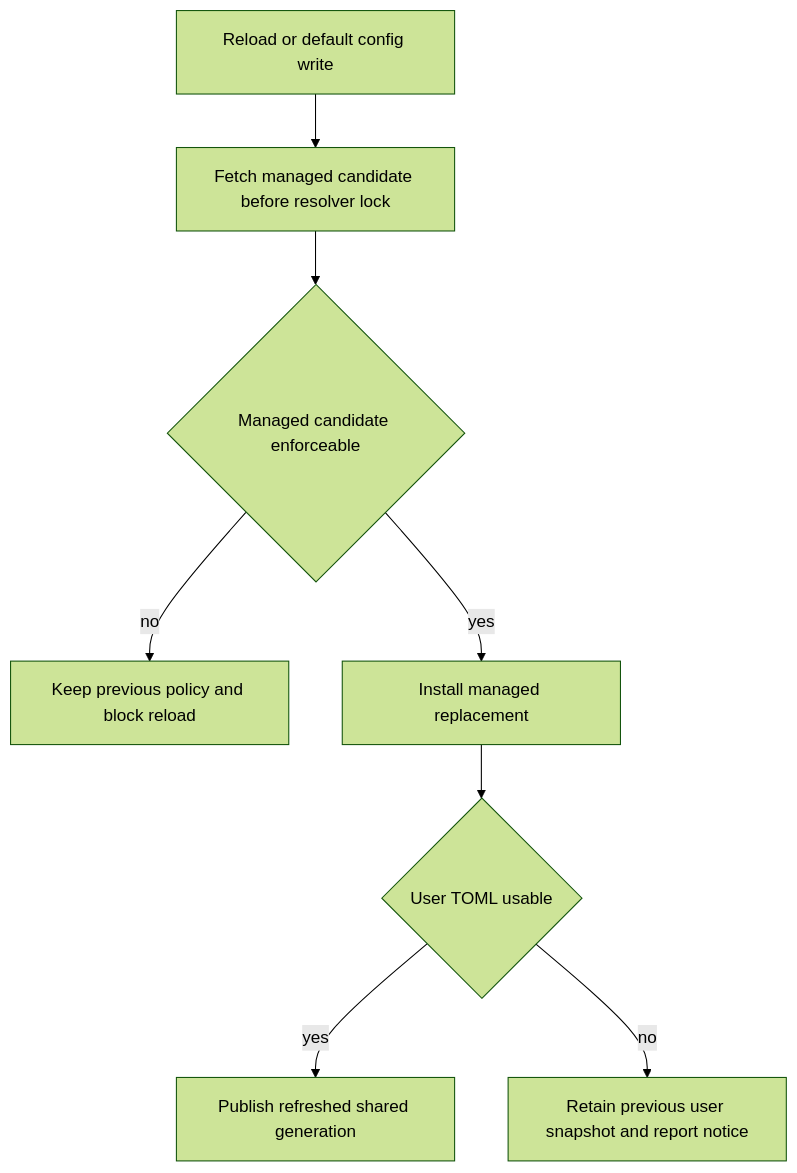
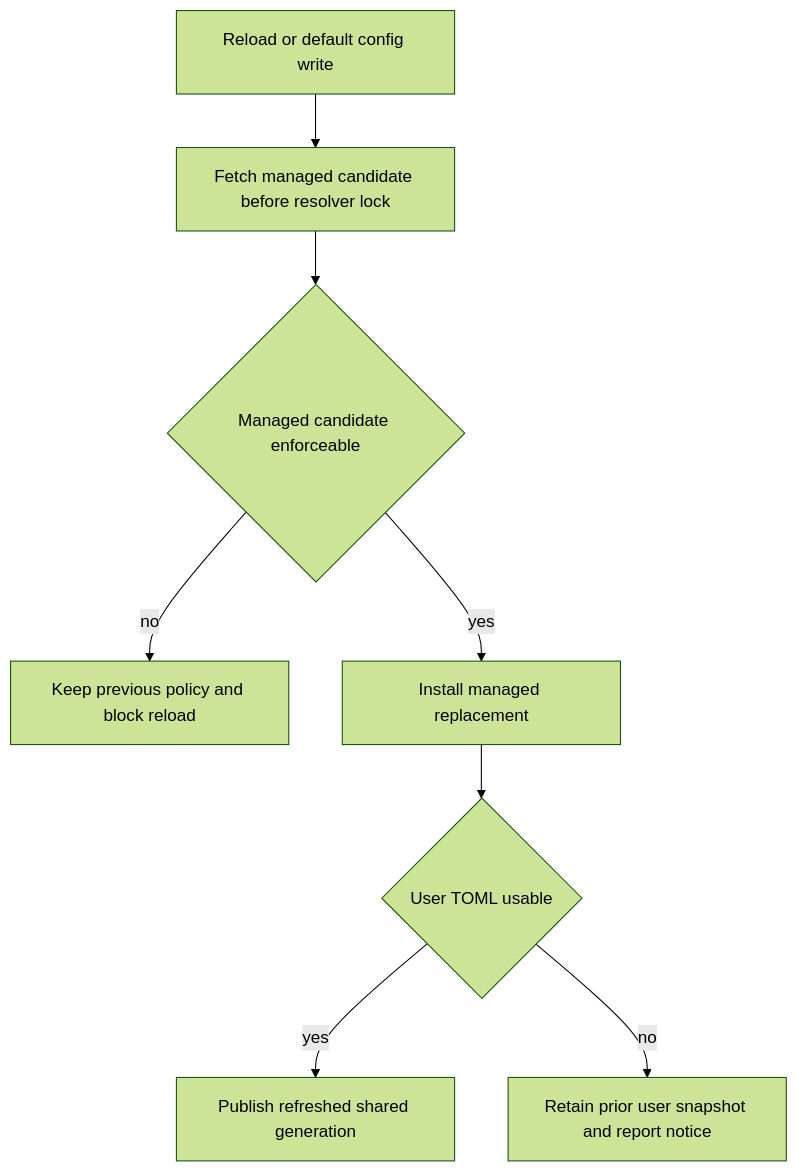
One commit to langchain-ai/deepagents changed the second of 3 diagrams in openwiki/concepts/config-layering.md. Above: the diagram before and after it, drawn with Mermaid (forest theme). The commit also changed other lines of this file and 36 other files, not shown here.

````diff
--- a/openwiki/concepts/config-layering.md
+++ b/openwiki/concepts/config-layering.md
@@ -96,10 +80,10 @@
 ```mermaid
 flowchart TD
     A["Reload or default config write"] --> B["Fetch managed candidate before resolver lock"]
     B --> C{"Managed candidate enforceable"}
     C -->|"no"| D["Keep previous policy and block reload"]
     C -->|"yes"| E["Install managed replacement"]
     E --> F{"User TOML usable"}
     F -->|"yes"| G["Publish refreshed shared generation"]
-    F -->|"no"| H["Retain previous user snapshot and report notice"]
+    F -->|"no"| H["Retain prior user snapshot and report notice"]
 ```
````
